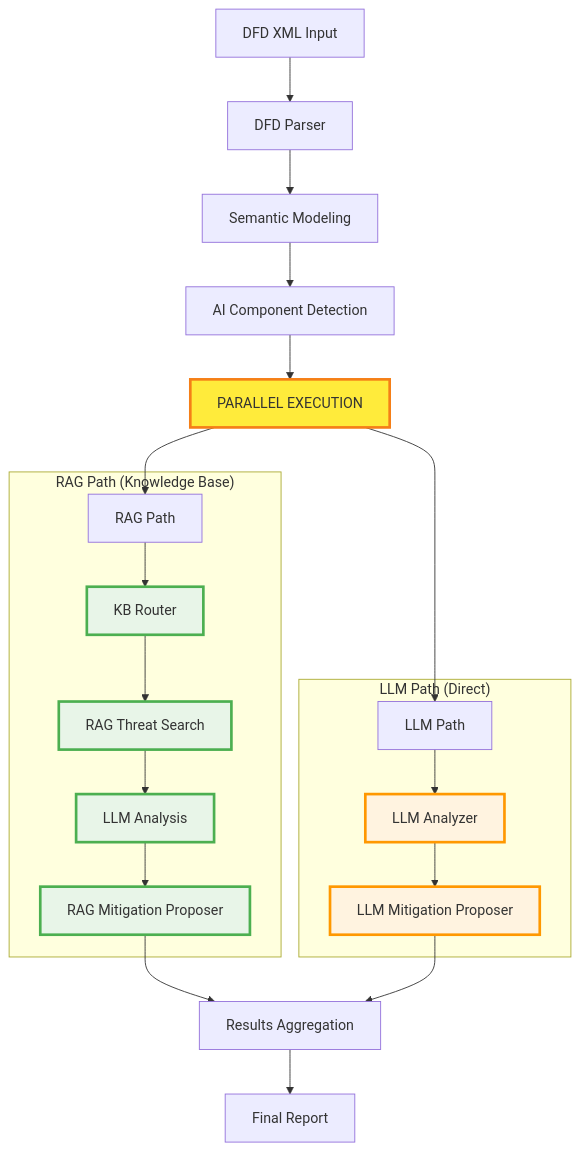
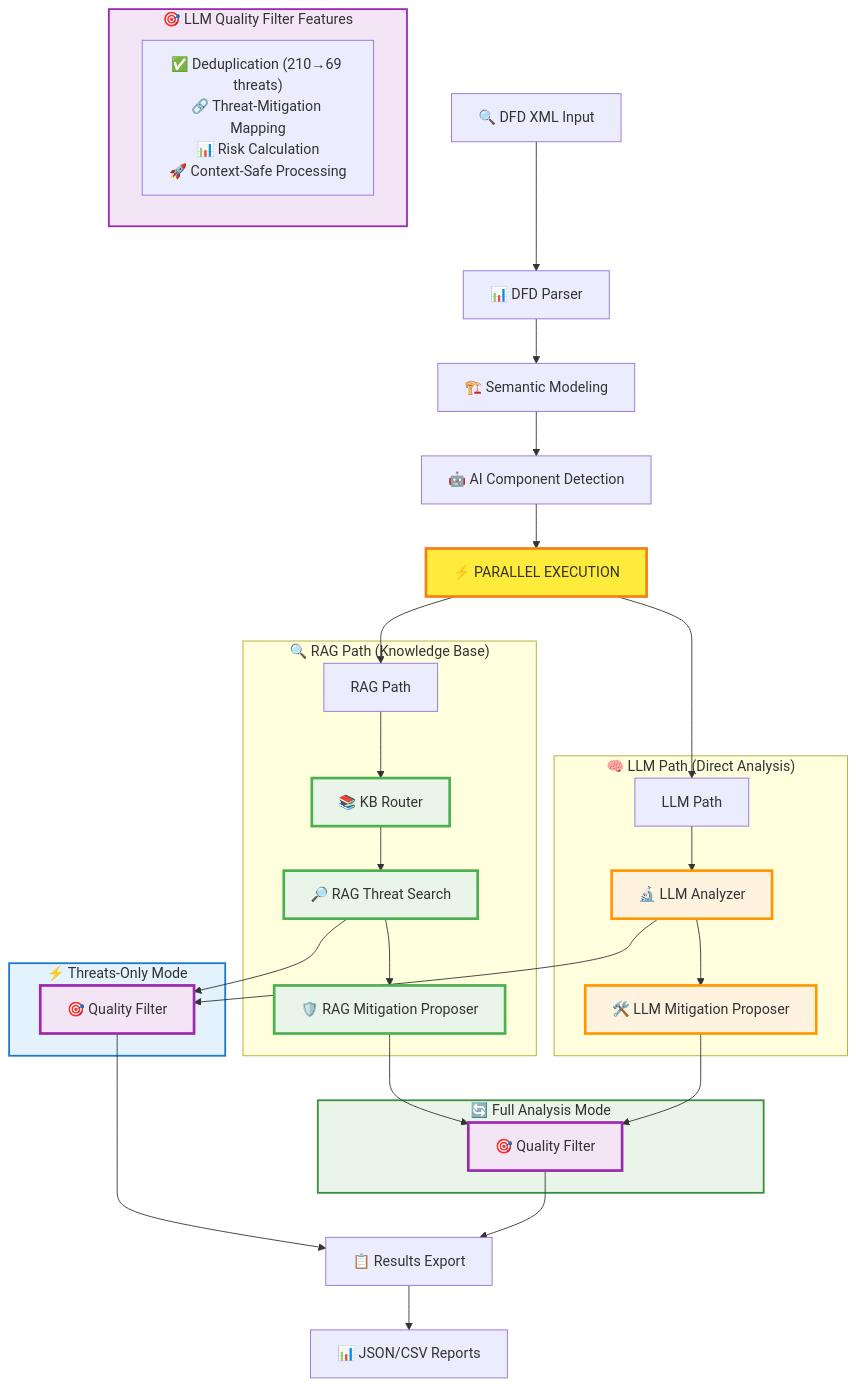
The diagram in README.md (fennih/fraitmo), drawn with Mermaid before and after one commit. The commit also changed other lines of this file and 11 other files, not shown here.

Commit message:
added rag, embedding, vector db, quality filter

````diff
--- a/README.md
+++ b/README.md
@@ -229,35 +264,52 @@
 ```mermaid
 graph TD
-    A["DFD XML Input"] --> B["DFD Parser"]
-    B --> C["Semantic Modeling"]
-    C --> D["AI Component Detection"]
+    A["🔍 DFD XML Input"] --> B["📊 DFD Parser"]
+    B --> C["🏗️ Semantic Modeling"]
+    C --> D["🤖 AI Component Detection"]
 
-    D --> E["PARALLEL EXECUTION"]
+    D --> E["⚡ PARALLEL EXECUTION"]
 
     E --> F["RAG Path"]
     E --> G["LLM Path"]
 
-    subgraph RAG["RAG Path (Knowledge Base)"]
-        F --> H["KB Router"]
-        H --> I["RAG Threat Search"]
-        I --> J["LLM Analysis"]
-        J --> K["RAG Mitigation Proposer"]
+    subgraph RAG["🔍 RAG Path (Knowledge Base)"]
+        F --> H["📚 KB Router"]
+        H --> I["🔎 RAG Threat Search"]
+        I --> K["🛡️ RAG Mitigation Proposer"]
     end
 
-    subgraph LLM["LLM Path (Direct)"]
-        G --> L["LLM Analyzer"]
-        L --> M["LLM Mitigation Proposer"]
+    subgraph LLM["🧠 LLM Path (Direct Analysis)"]
+        G --> L["🔬 LLM Analyzer"]
+        L --> M["🛠️ LLM Mitigation Proposer"]
     end
 
-    K --> N["Results Aggregation"]
-    M --> N
-    N --> O["Final Report"]
+    subgraph THREATS_ONLY["⚡ Threats-Only Mode"]
+        I --> QF1["🎯 Quality Filter"]
+        L --> QF1
+    end
+
+    subgraph FULL_MODE["🔄 Full Analysis Mode"]
+        K --> QF2["🎯 Quality Filter"]
+        M --> QF2
+    end
+
+    QF1 --> N["📋 Results Export"]
+    QF2 --> N
+    N --> O["📊 JSON/CSV Reports"]
+
+    subgraph QUALITY["🎯 LLM Quality Filter Features"]
+        QF["✅ Deduplication (210→69 threats)<br/>🔗 Threat-Mitigation Mapping<br/>📊 Risk Calculation<br/>🚀 Context-Safe Processing"]
+    end
 
     style E fill:#ffeb3b,stroke:#f57f17,stroke-width:3px
     style H fill:#e8f5e8,stroke:#4caf50,stroke-width:3px
     style I fill:#e8f5e8,stroke:#4caf50,stroke-width:3px
-    style J fill:#e8f5e8,stroke:#4caf50,stroke-width:3px
     style K fill:#e8f5e8,stroke:#4caf50,stroke-width:3px
     style L fill:#fff3e0,stroke:#ff9800,stroke-width:3px
     style M fill:#fff3e0,stroke:#ff9800,stroke-width:3px
+    style QF1 fill:#f3e5f5,stroke:#9c27b0,stroke-width:3px
+    style QF2 fill:#f3e5f5,stroke:#9c27b0,stroke-width:3px
+    style QUALITY fill:#f3e5f5,stroke:#9c27b0,stroke-width:2px
+    style THREATS_ONLY fill:#e3f2fd,stroke:#1976d2,stroke-width:2px
+    style FULL_MODE fill:#e8f5e8,stroke:#388e3c,stroke-width:2px
 ```
````
